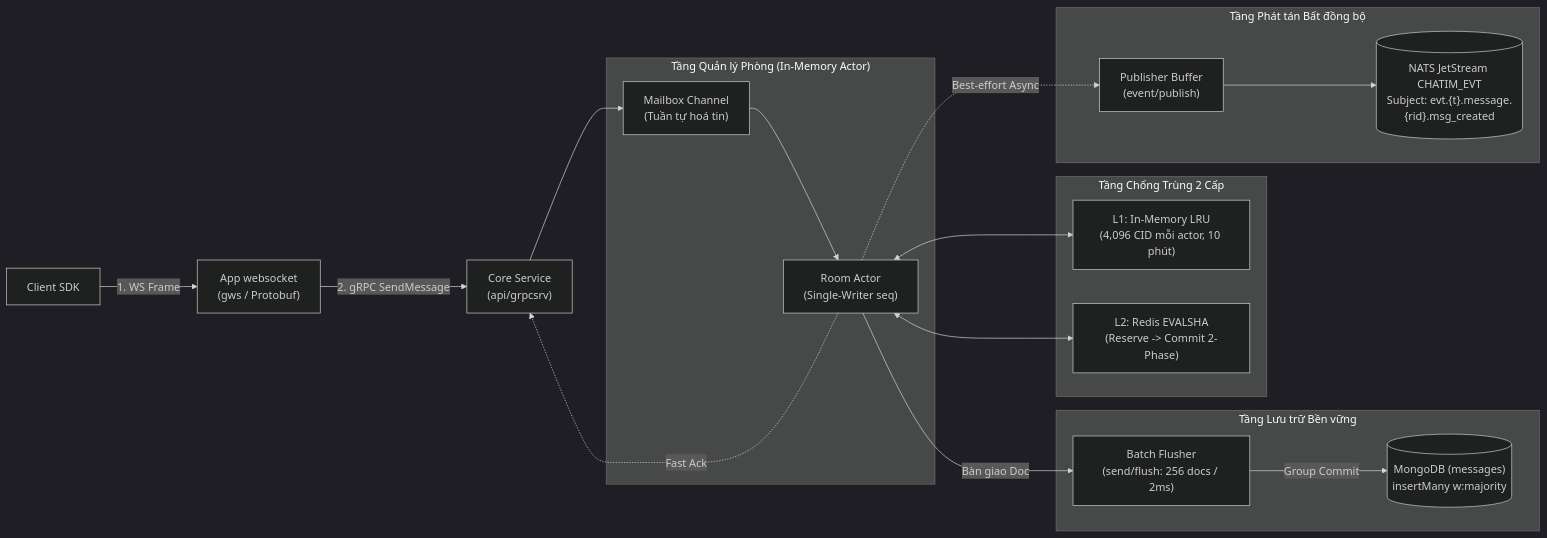
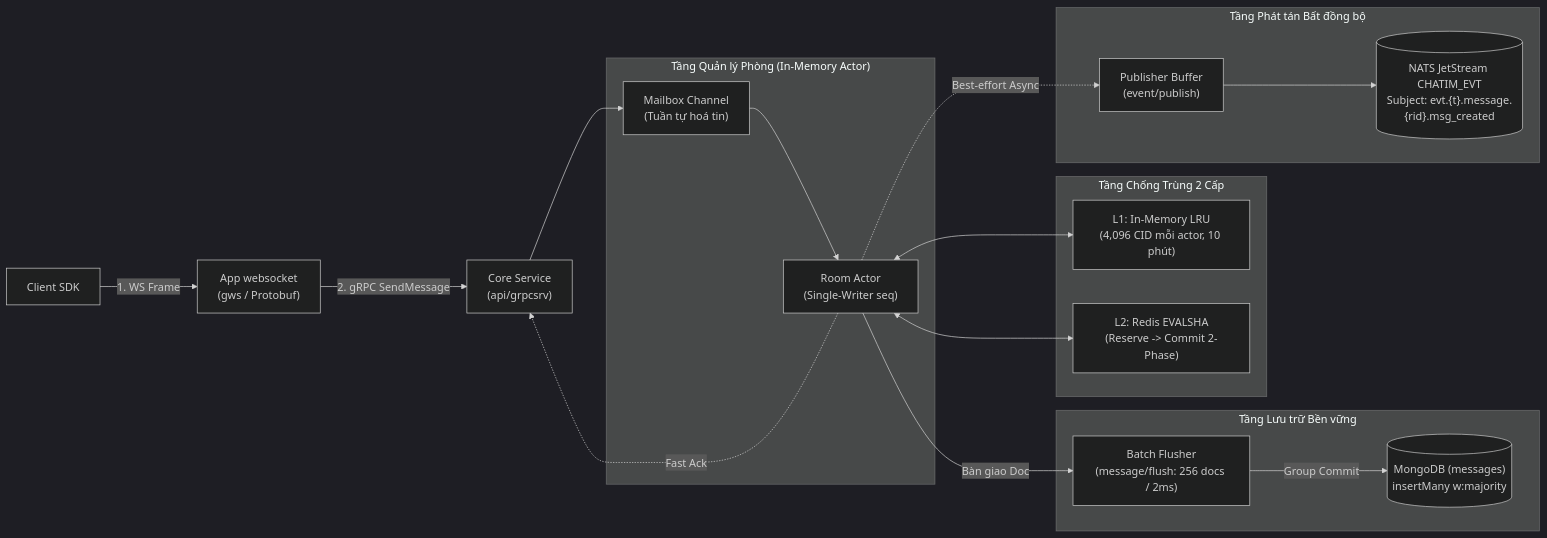
Before and after one commit to ivannguyendev/chatim: the first of 3 diagrams in docs/modules/02-feature-message-sending-and-ordering.md, drawn with Mermaid (dark theme). The commit also changed other lines of this file and 9 other files, not shown here.

````diff
--- a/docs/modules/02-feature-message-sending-and-ordering.md
+++ b/docs/modules/02-feature-message-sending-and-ordering.md
@@ -24,33 +24,33 @@
 ```mermaid
 flowchart LR
     Client["Client SDK"] -->|1. WS Frame| GW["App websocket<br/>(gws / Protobuf)"]
     GW -->|2. gRPC SendMessage| Core["Core Service<br/>(api/grpcsrv)"]
 
     subgraph ActorDomain["Tầng Quản lý Phòng (In-Memory Actor)"]
         Mailbox["Mailbox Channel<br/>(Tuần tự hoá tin)"] --> RoomActor["Room Actor<br/>(Single-Writer seq)"]
     end
 
     subgraph DedupeTier["Tầng Chống Trùng 2 Cấp"]
         MemLRU["L1: In-Memory LRU<br/>(4,096 CID mỗi actor, 10 phút)"]
         RedisDed["L2: Redis EVALSHA<br/>(Reserve -> Commit 2-Phase)"]
     end
 
     subgraph Persistence["Tầng Lưu trữ Bền vững"]
-        Flusher["Batch Flusher<br/>(send/flush: 256 docs / 2ms)"]
+        Flusher["Batch Flusher<br/>(message/flush: 256 docs / 2ms)"]
         MongoDb[("MongoDB (messages)<br/>insertMany w:majority")]
     end
 
     subgraph EventStream["Tầng Phát tán Bất đồng bộ"]
         PubQueue["Publisher Buffer<br/>(event/publish)"]
         NATSJet[("NATS JetStream CHATIM_EVT<br/>Subject: evt.{t}.message.{rid}.msg_created")]
     end
 
     Core --> Mailbox
     RoomActor <--> MemLRU
     RoomActor <--> RedisDed
     RoomActor -->|Bàn giao Doc| Flusher
     Flusher -->|Group Commit| MongoDb
     RoomActor -.->|Fast Ack| Core
     RoomActor -.->|Best-effort Async| PubQueue
     PubQueue --> NATSJet
 ```
````
